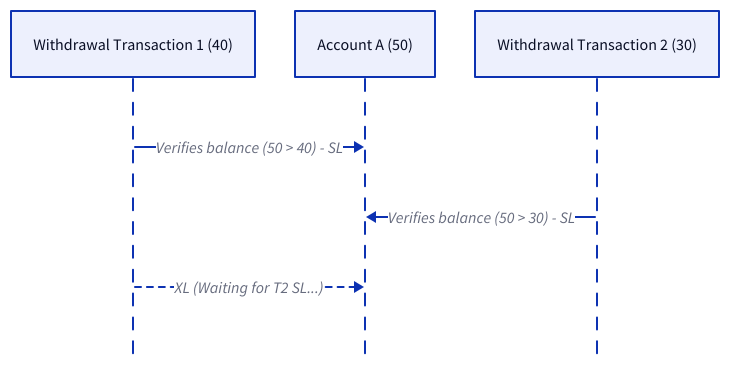
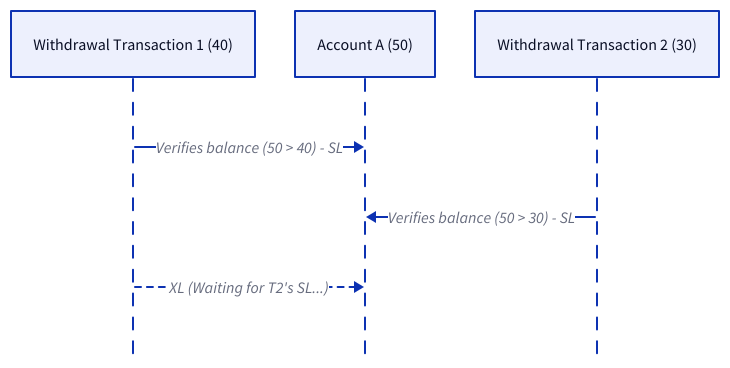
Before and after one commit to link1905/system-design-101: diagram 17 of 29 in content/docs/data-persistence/sql-database/concurrency-control.md, drawn with D2. The commit also changed other lines of this file and 49 other files, not shown here.

````diff
--- a/content/docs/data-persistence/sql-database/concurrency-control.md
+++ b/content/docs/data-persistence/sql-database/concurrency-control.md
@@ -551,12 +575,12 @@
 ```d2
 
 shape: sequence_diagram
 t1: Withdrawal Transaction 1 (40)
 a: Account A (50)
 t2: Withdrawal Transaction 2 (30)
 t1 -> a: Verifies balance (50 > 40) - SL
 t2 -> a: Verifies balance (50 > 30) - SL
-t1 -> a: XL (Waiting for T2 SL...) {
+t1 -> a: XL (Waiting for T2's SL...) {
     style.stroke-dash: 3
 }
 ```
````
